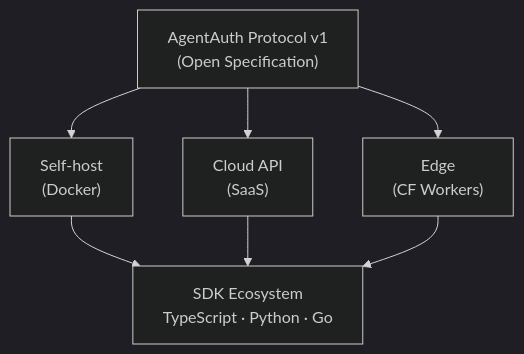
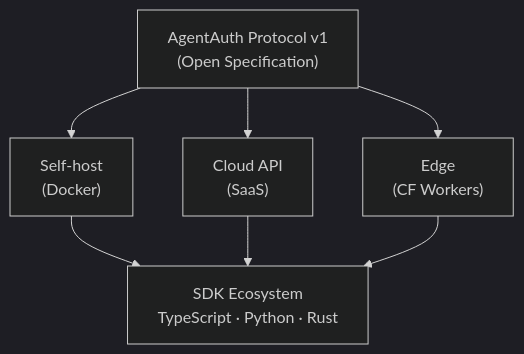
The fourth of 4 diagrams in README.md (dyshay/agentauth), drawn with Mermaid (dark theme) before and after one commit. The commit also changed other lines of this file and 1 other file, not shown here.

Commit message:
docs: update README with Rust and Python SDKs, add changeset

````diff
--- a/README.md
+++ b/README.md
@@ -331,14 +366,14 @@
 ```mermaid
 graph TB
     Protocol["AgentAuth Protocol v1<br/>(Open Specification)"]
 
     Protocol --> SelfHost["Self-host<br/>(Docker)"]
     Protocol --> Cloud["Cloud API<br/>(SaaS)"]
     Protocol --> Edge["Edge<br/>(CF Workers)"]
 
     SelfHost --> SDKs
     Cloud --> SDKs
     Edge --> SDKs
 
-    SDKs["SDK Ecosystem<br/>TypeScript · Python · Go"]
+    SDKs["SDK Ecosystem<br/>TypeScript · Python · Rust"]
 ```
````
